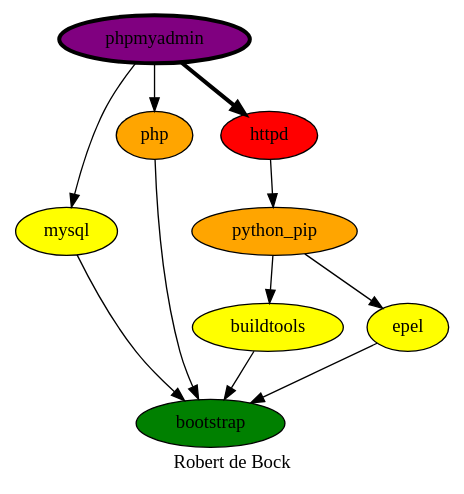
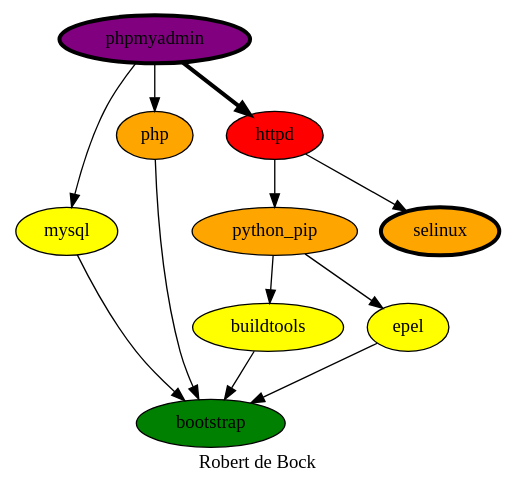
Before and after one commit to robertdebock/drawings: the diagram in phpmyadmin.dot, drawn with Graphviz. The commit also changed 2 other files, not shown here.

Commit message:
httpd depends on selinux

```diff
--- a/phpmyadmin.dot
+++ b/phpmyadmin.dot
@@ -1,19 +1,20 @@
 digraph PhiloDilemma {
   label = "Robert de Bock" ;
   overlap=false
   {
     bootstrap [fillcolor=green style=filled]
     buildtools [fillcolor=yellow style=filled]
     epel [fillcolor=yellow style=filled]
     mysql [fillcolor=yellow style=filled]
     "python_pip" [fillcolor=orange style=filled]
     php [fillcolor=orange style=filled]
     httpd [fillcolor=red style=filled]
     phpmyadmin [fillcolor=purple style=filled penwidth=3]
+    selinux [fillcolor=orange style=filled penwidth=3]
   }
   {buildtools epel mysql php} -> bootstrap
   "python_pip" -> {buildtools epel}
-  httpd -> "python_pip"
+  httpd -> {"python_pip" selinux}
   phpmyadmin -> {mysql php}
   phpmyadmin -> httpd [penwidth=3]
 }
```
